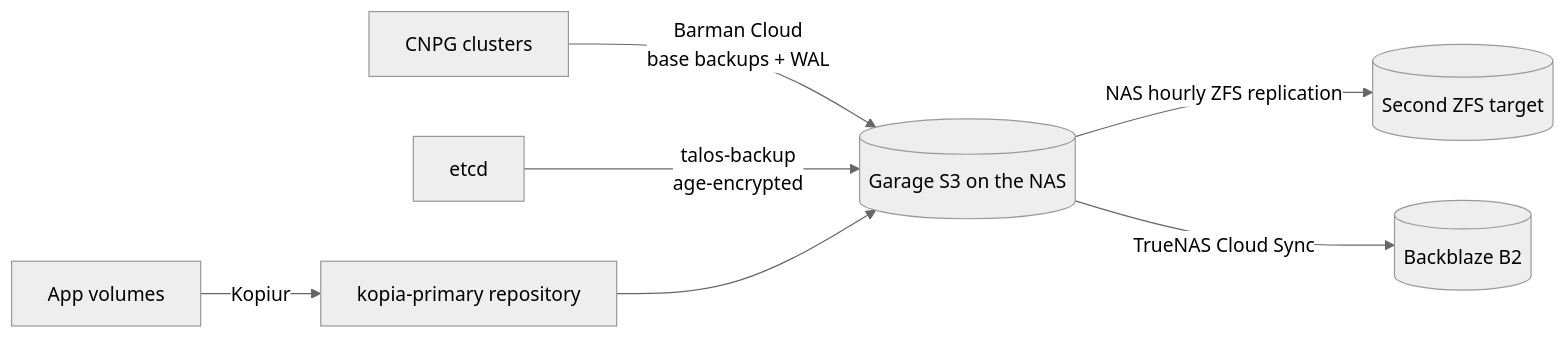
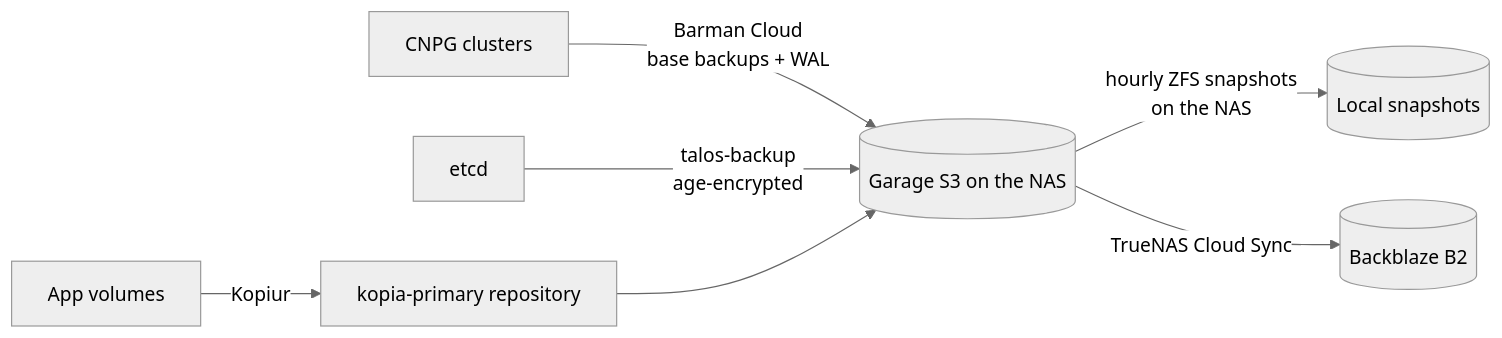
Before and after one commit to Darkflame72/home-ops: the diagram in docs/backups.md, drawn with Mermaid (neutral theme). The commit also changed other lines of this file and 1 other file, not shown here.

First line of the commit message:
docs(backups): correct NAS snapshots to local-only, no ZFS replication

````diff
--- a/docs/backups.md
+++ b/docs/backups.md
@@ -17,9 +17,9 @@
 ```mermaid
 flowchart LR
     PVC["App volumes"] -->|Kopiur| KREPO["kopia-primary repository"]
     PG["CNPG clusters"] -->|Barman Cloud<br/>base backups + WAL| S3
     ETCD["etcd"] -->|talos-backup<br/>age-encrypted| S3
     KREPO --> S3[("Garage S3 on the NAS")]
-    S3 -->|NAS hourly ZFS replication| ZFS[("Second ZFS target")]
+    S3 -->|hourly ZFS snapshots<br/>on the NAS| SNAP[("Local snapshots")]
     S3 -->|TrueNAS Cloud Sync| B2[("Backblaze B2")]
 ```
````
